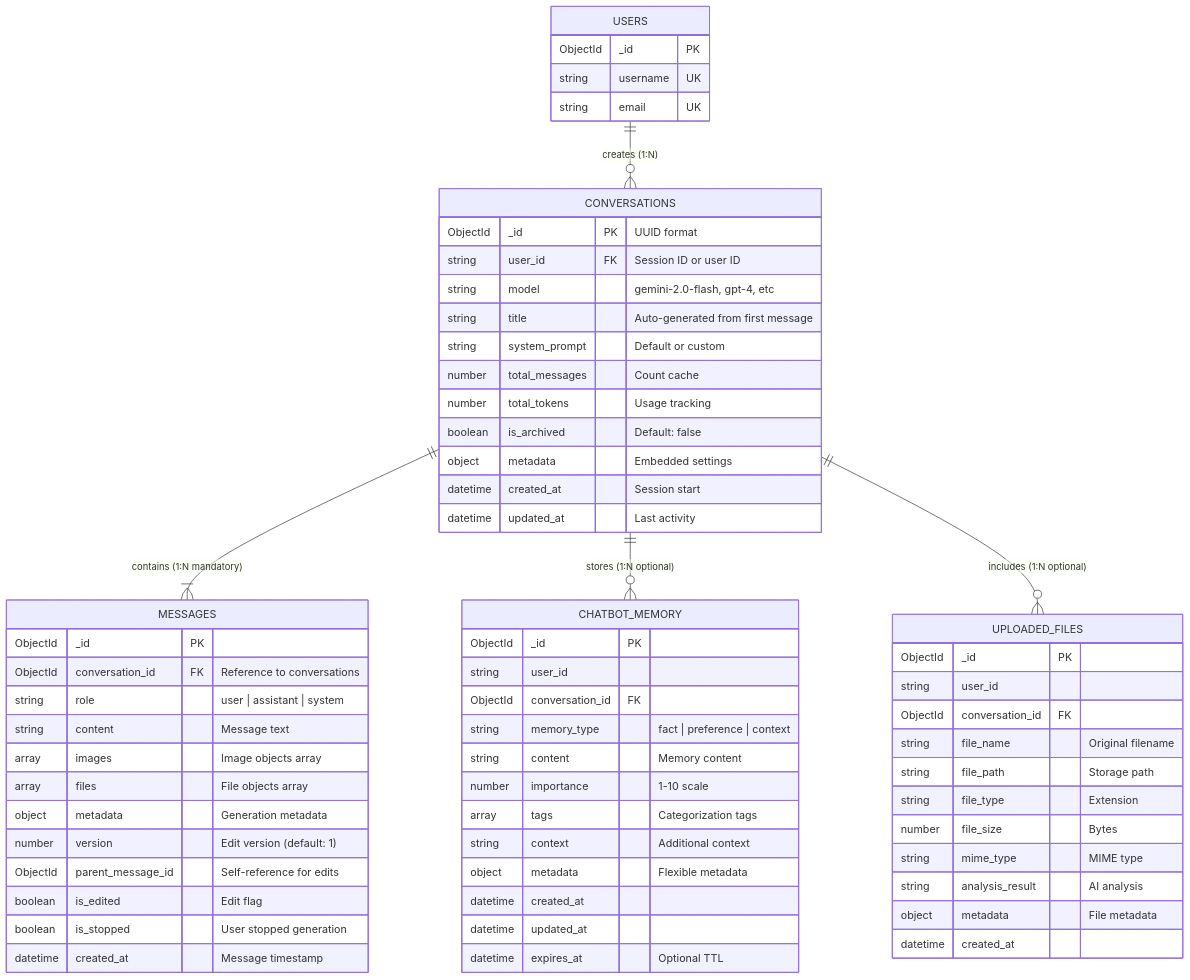
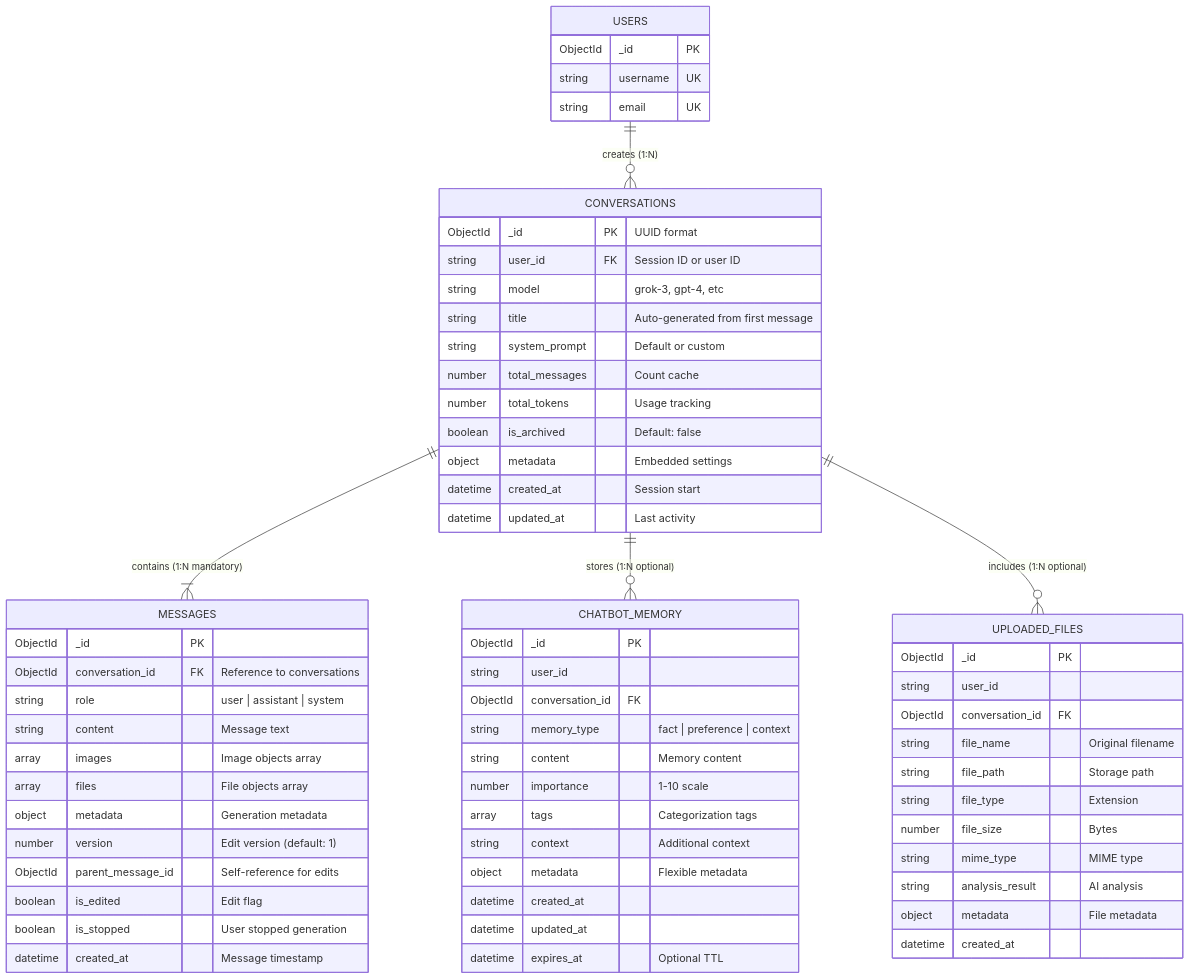
One commit to SkastVnT/AI-Assistant changed the third of 13 diagrams in diagram/05_er_diagram_mongodb.md. Above: the diagram before and after it, drawn with Mermaid. The commit also changed other lines of this file and 47 other files, not shown here.

First line of the commit message:
Replace all gemini-2.0-flash references with grok-3 as default AI model

````diff
--- a/diagram/05_er_diagram_mongodb.md
+++ b/diagram/05_er_diagram_mongodb.md
@@ -148,71 +148,71 @@
 ```mermaid
 erDiagram
     USERS ||--o{ CONVERSATIONS : "creates (1:N)"
     CONVERSATIONS ||--|{ MESSAGES : "contains (1:N mandatory)"
     CONVERSATIONS ||--o{ CHATBOT_MEMORY : "stores (1:N optional)"
     CONVERSATIONS ||--o{ UPLOADED_FILES : "includes (1:N optional)"
     
     USERS {
         ObjectId _id PK
         string username UK
         string email UK
     }
     
     CONVERSATIONS {
         ObjectId _id PK "UUID format"
         string user_id FK "Session ID or user ID"
-        string model "gemini-2.0-flash, gpt-4, etc"
+        string model "grok-3, gpt-4, etc"
         string title "Auto-generated from first message"
         string system_prompt "Default or custom"
         number total_messages "Count cache"
         number total_tokens "Usage tracking"
         boolean is_archived "Default: false"
         object metadata "Embedded settings"
         datetime created_at "Session start"
         datetime updated_at "Last activity"
     }
     
     MESSAGES {
         ObjectId _id PK
         ObjectId conversation_id FK "Reference to conversations"
         string role "user | assistant | system"
         string content "Message text"
         array images "Image objects array"
         array files "File objects array"
         object metadata "Generation metadata"
         number version "Edit version (default: 1)"
         ObjectId parent_message_id "Self-reference for edits"
         boolean is_edited "Edit flag"
         boolean is_stopped "User stopped generation"
         datetime created_at "Message timestamp"
     }
     
     CHATBOT_MEMORY {
         ObjectId _id PK
         string user_id
         ObjectId conversation_id FK
         string memory_type "fact | preference | context"
         string content "Memory content"
         number importance "1-10 scale"
         array tags "Categorization tags"
         string context "Additional context"
         object metadata "Flexible metadata"
         datetime created_at
         datetime updated_at
         datetime expires_at "Optional TTL"
     }
     
     UPLOADED_FILES {
         ObjectId _id PK
         string user_id
         ObjectId conversation_id FK
         string file_name "Original filename"
         string file_path "Storage path"
         string file_type "Extension"
         number file_size "Bytes"
         string mime_type "MIME type"
         string analysis_result "AI analysis"
         object metadata "File metadata"
         datetime created_at
     }
 ```
````
